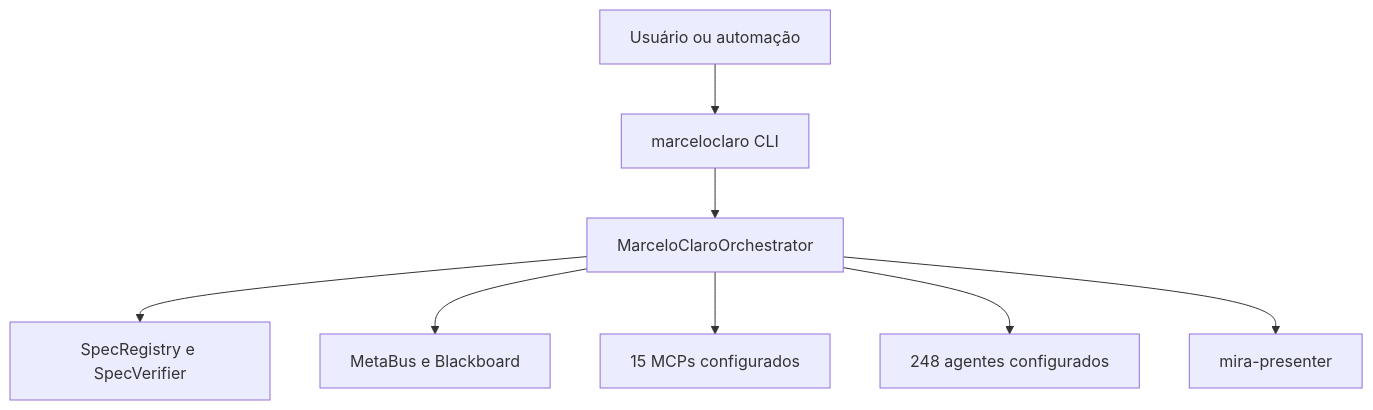
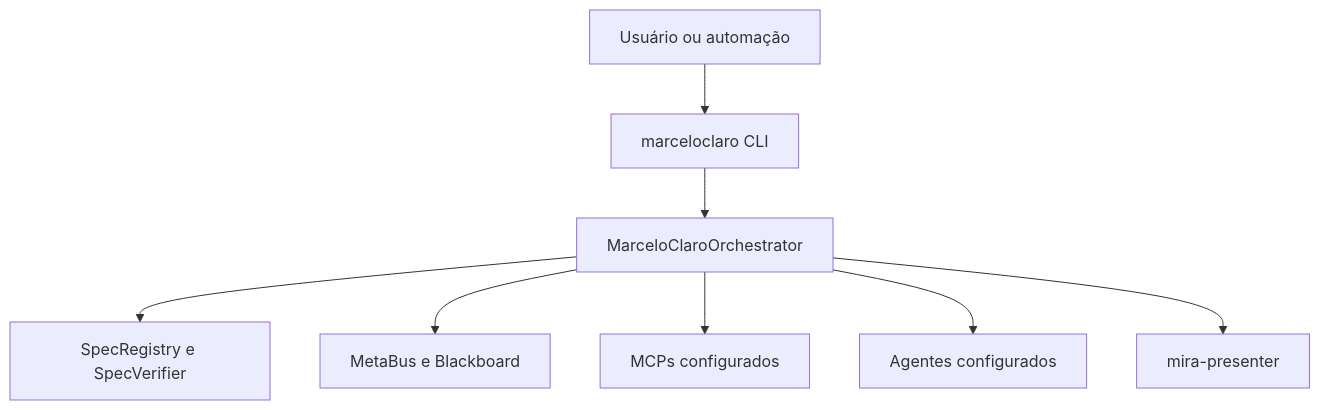
The first of 2 diagrams in ARCHITECTURE.md (MarceloClaro/opencode-ecosystem-core), drawn with Mermaid before and after one commit. The commit also changed other lines of this file and 500 other files, not shown here.

````diff
--- a/ARCHITECTURE.md
+++ b/ARCHITECTURE.md
@@ -33,10 +40,10 @@
 ```mermaid
 graph TD
     Usuario[Usuário ou automação] --> CLI[marceloclaro CLI]
     CLI --> Orquestrador[MarceloClaroOrchestrator]
     Orquestrador --> SDD[SpecRegistry e SpecVerifier]
     Orquestrador --> MCI[MetaBus e Blackboard]
-    Orquestrador --> MCP[15 MCPs configurados]
-    Orquestrador --> Agentes[248 agentes configurados]
+    Orquestrador --> MCP[MCPs configurados]
+    Orquestrador --> Agentes[Agentes configurados]
     Orquestrador --> MIRA[mira-presenter]
 ```
````
